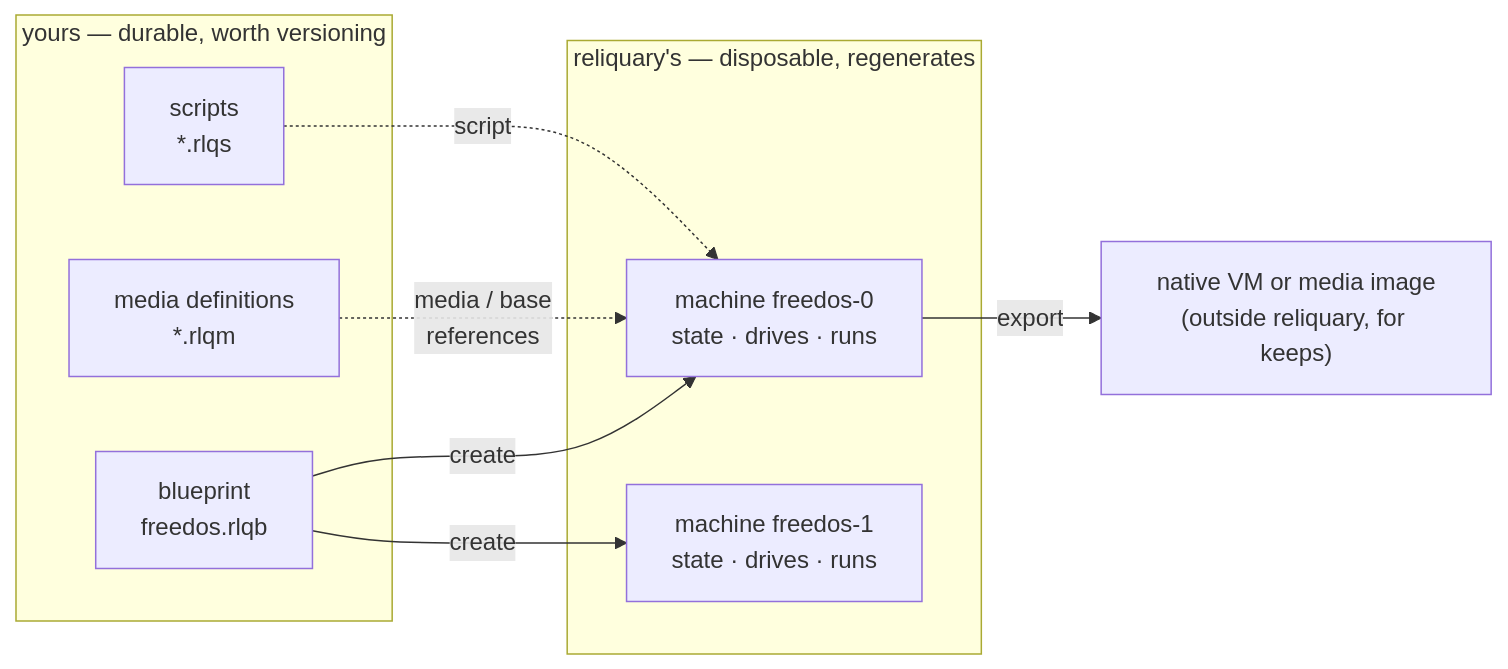
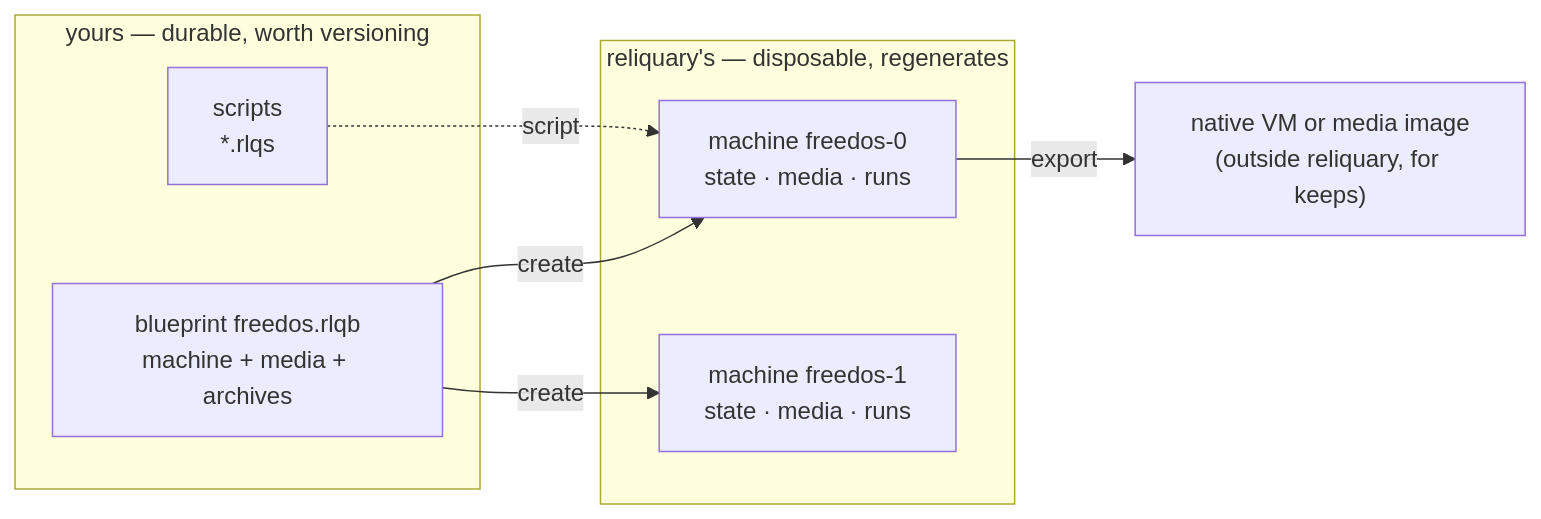
Before and after one commit to ferroteca/reliquary: the first of 2 diagrams in planning/design/machine-blueprint.md, drawn with Mermaid. The commit also changed other lines of this file and 22 other files, not shown here.

````diff
--- a/planning/design/machine-blueprint.md
+++ b/planning/design/machine-blueprint.md
@@ -28,17 +32,15 @@
 ```mermaid
 flowchart LR
     subgraph yours["yours — durable, worth versioning"]
-        BP["blueprint<br/>freedos.rlqb"]
-        MED["media definitions<br/>*.rlqm"]
+        BP["blueprint freedos.rlqb<br/>machine + media + archives"]
         SCR["scripts<br/>*.rlqs"]
     end
     subgraph reliquarys["reliquary's — disposable, regenerates"]
-        M1["machine freedos-0<br/>state · drives · runs"]
-        M2["machine freedos-1<br/>state · drives · runs"]
+        M1["machine freedos-0<br/>state · media · runs"]
+        M2["machine freedos-1<br/>state · media · runs"]
     end
     BP -- "create" --> M1
     BP -- "create" --> M2
-    MED -. "media / base<br/>references" .-> M1
     SCR -. "script" .-> M1
     M1 -- "export" --> OUT["native VM or media image<br/>(outside reliquary, for keeps)"]
 ```
````
